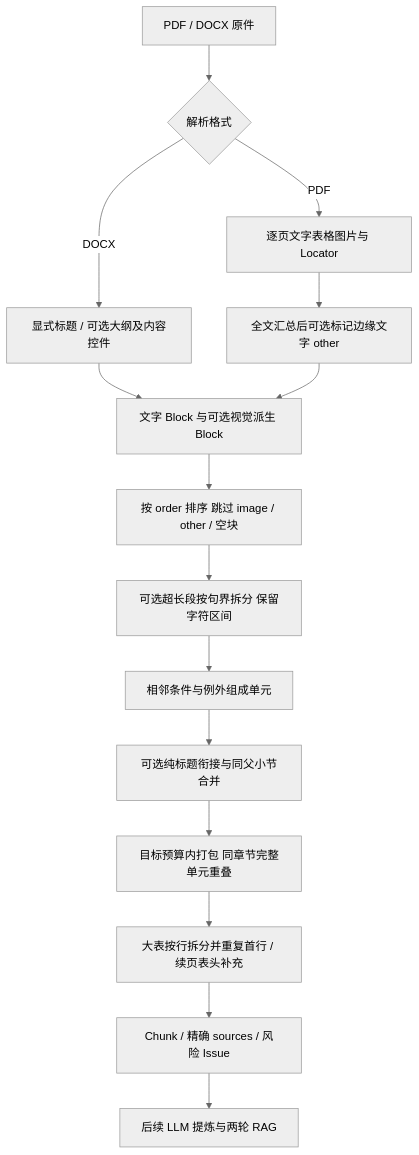
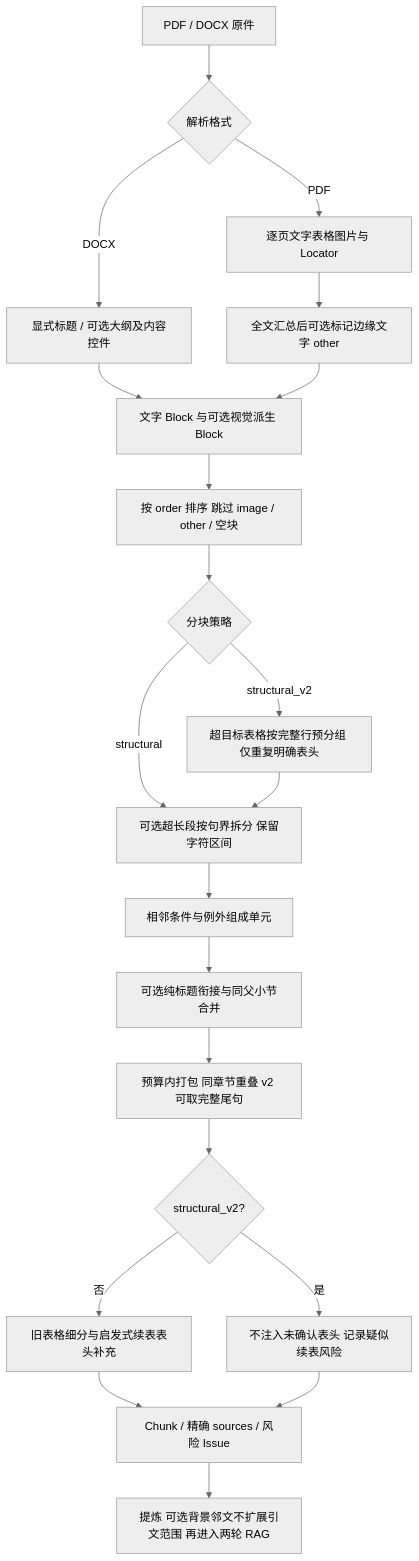
One commit to mzyu05413-sys/tc_rag changed the diagram in docs/reference/chunk_structure_quality.md. Above: the diagram before and after it, drawn with Mermaid (neutral theme). The commit also changed other lines of this file and 55 other files, not shown here.

````diff
--- a/docs/reference/chunk_structure_quality.md
+++ b/docs/reference/chunk_structure_quality.md
@@ -26,17 +28,23 @@
 ```mermaid
 flowchart TD
     A[PDF / DOCX 原件] --> B{解析格式}
     B -->|DOCX| C[显式标题 / 可选大纲及内容控件]
     B -->|PDF| D[逐页文字表格图片与 Locator]
     D --> E[全文汇总后可选标记边缘文字 other]
     C --> F[文字 Block 与可选视觉派生 Block]
     E --> F
     F --> G[按 order 排序 跳过 image / other / 空块]
-    G --> H[可选超长段按句界拆分 保留字符区间]
+    G --> V{分块策略}
+    V -->|structural_v2| T[超目标表格按完整行预分组 仅重复明确表头]
+    V -->|structural| H[可选超长段按句界拆分 保留字符区间]
+    T --> H
     H --> I[相邻条件与例外组成单元]
     I --> J[可选纯标题衔接与同父小节合并]
-    J --> K[目标预算内打包 同章节完整单元重叠]
-    K --> L[大表按行拆分并重复首行 / 续页表头补充]
-    L --> M[Chunk / 精确 sources / 风险 Issue]
-    M --> N[后续 LLM 提炼与两轮 RAG]
+    J --> K[预算内打包 同章节重叠 v2 可取完整尾句]
+    K --> L{structural_v2?}
+    L -->|否| O[旧表格细分与启发式续表表头补充]
+    L -->|是| P[不注入未确认表头 记录疑似续表风险]
+    O --> M[Chunk / 精确 sources / 风险 Issue]
+    P --> M
+    M --> N[提炼 可选背景邻文不扩展引文范围 再进入两轮 RAG]
 ```
````
